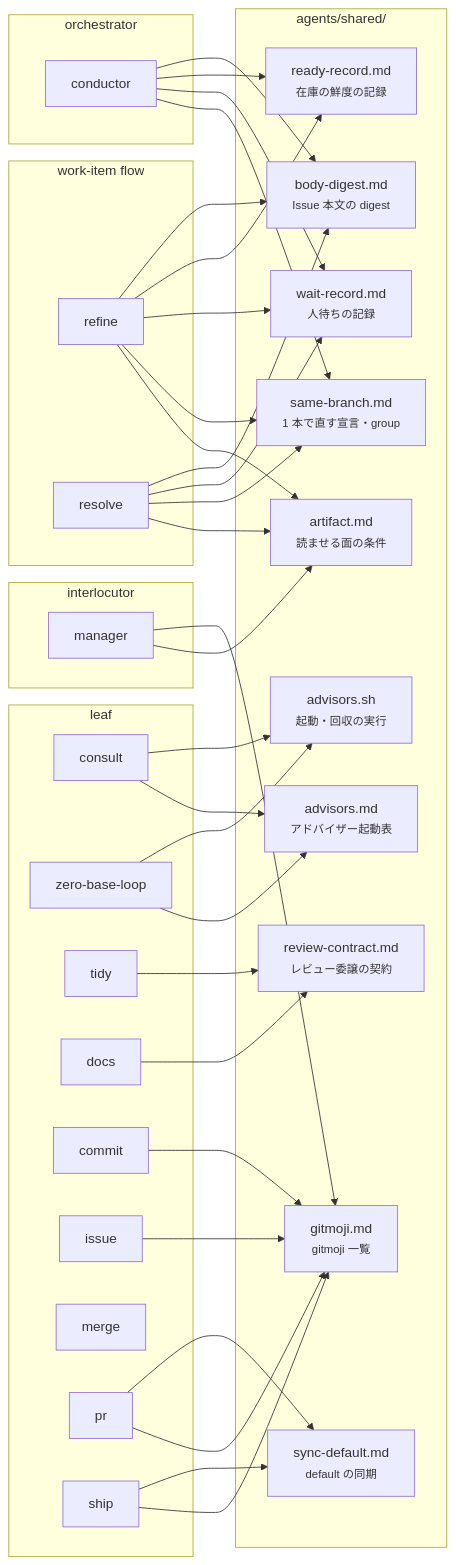
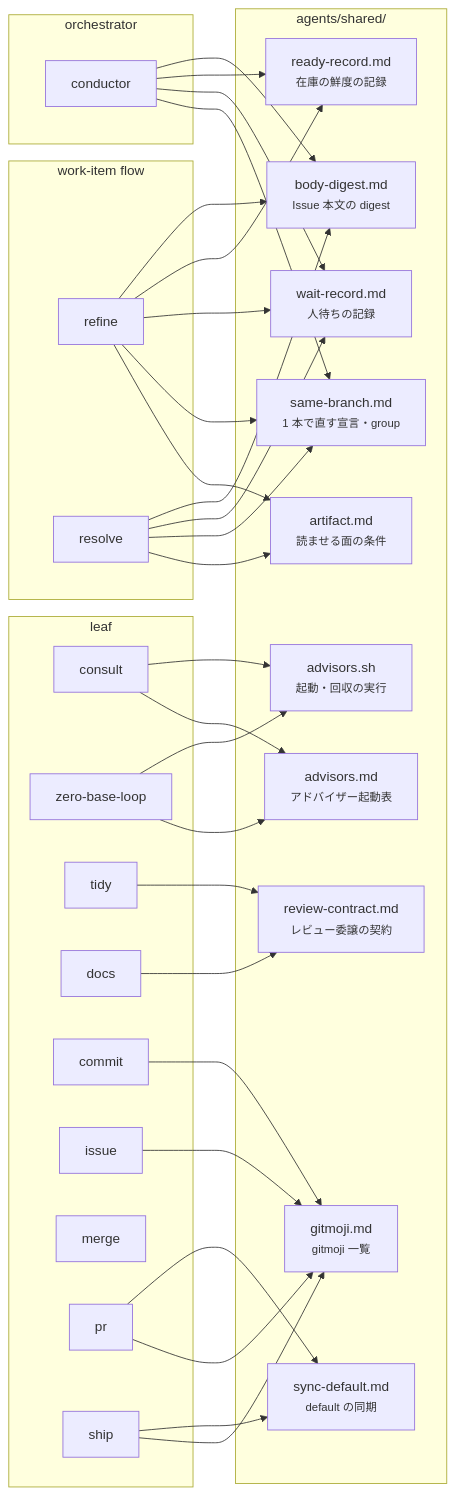
The third of 3 diagrams in agents/docs/structure.md (usagizmo/agentfiles), drawn with Mermaid before and after one commit. The commit also changed other lines of this file and 6 other files, not shown here.

````diff
--- a/agents/docs/structure.md
+++ b/agents/docs/structure.md
@@ -87,64 +84,59 @@
 ```mermaid
 flowchart LR
     subgraph orch["orchestrator"]
         CO[conductor]
     end
     subgraph flow["work-item flow"]
         RF[refine]
         RS[resolve]
     end
     subgraph leaf["leaf"]
         CS[consult]
         ZB[zero-base-loop]
         TD[tidy]
         DC[docs]
         CM[commit]
         IS[issue]
         ME[merge]
         PR[pr]
         SH[ship]
     end
-    subgraph inter[interlocutor]
-        MG[manager]
-    end
     subgraph shared["agents/shared/"]
         SB["same-branch.md<br/><small>1 本で直す宣言・group</small>"]
         WR["wait-record.md<br/><small>人待ちの記録</small>"]
         RR["ready-record.md<br/><small>在庫の鮮度の記録</small>"]
         BD["body-digest.md<br/><small>Issue 本文の digest</small>"]
         RC["review-contract.md<br/><small>レビュー委譲の契約</small>"]
         AF["artifact.md<br/><small>読ませる面の条件</small>"]
         AD["advisors.md<br/><small>アドバイザー起動表</small>"]
         AS["advisors.sh<br/><small>起動・回収の実行</small>"]
         GM["gitmoji.md<br/><small>gitmoji 一覧</small>"]
         SD["sync-default.md<br/><small>default の同期</small>"]
     end
 
-    MG --> AF
     RF --> AF
     RS --> AF
     CO --> SB
     CO --> WR
     CO --> RR
     CO --> BD
     RF --> SB
     RF --> WR
     RF --> RR
     RF --> BD
     RS --> SB
     RS --> WR
     RS --> BD
     CS --> AD
     CS --> AS
     ZB --> AD
     ZB --> AS
     TD --> RC
     DC --> RC
     CM --> GM
     IS --> GM
-    MG --> GM
     PR --> GM
     SH --> GM
     PR --> SD
     SH --> SD
 ```
````
